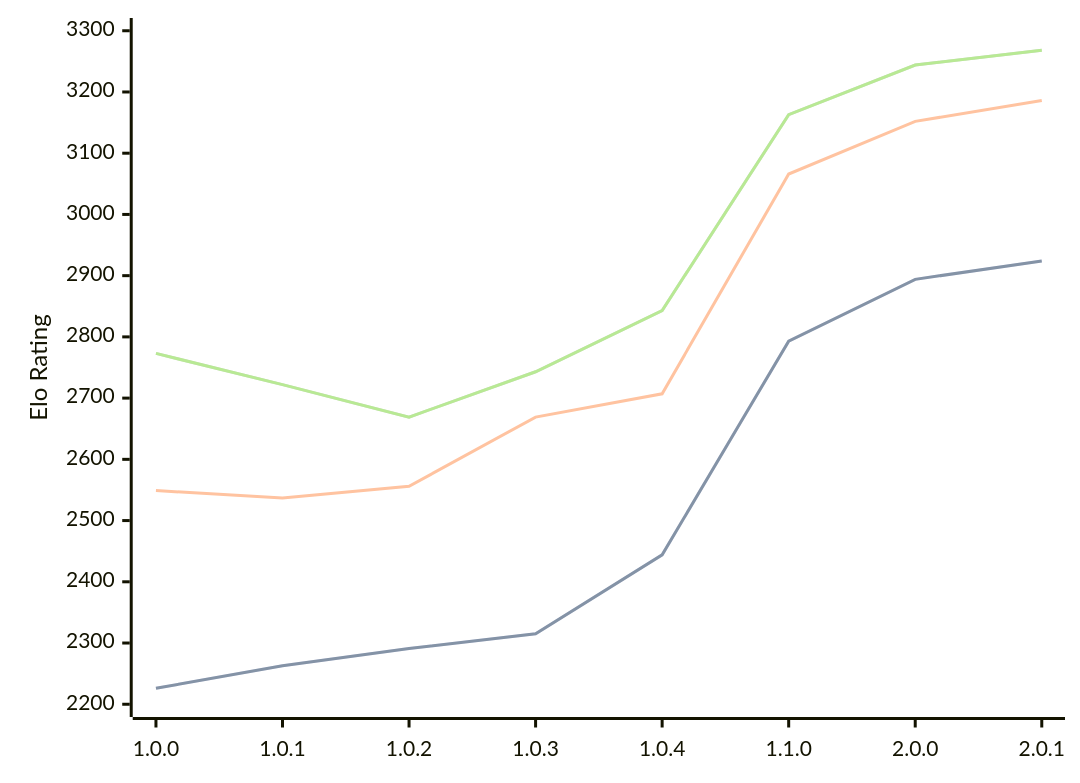
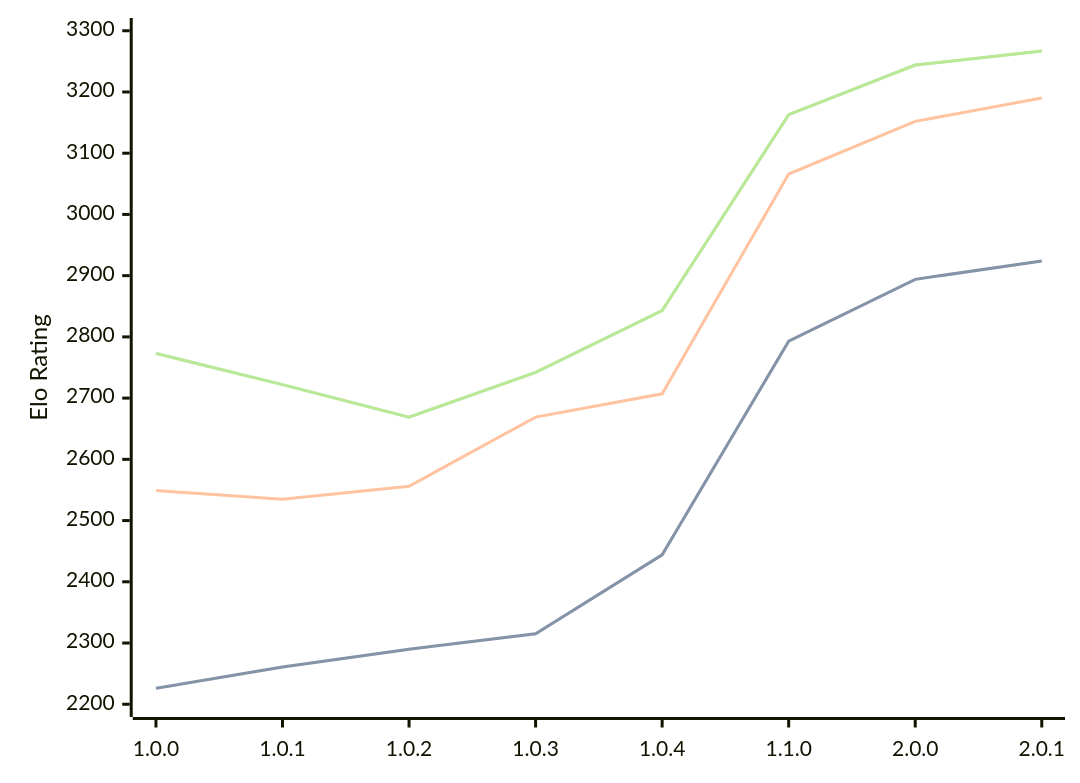
One commit to computer-chess-index/cci changed the first of 3 diagrams in engines/Grail.md. Above: the diagram before and after it, drawn with Mermaid. The commit also changed other lines of this file, not shown here.

Commit message:
Update CCI Ratings (ELO VLTC) - 2026-06-17

````diff
--- a/engines/Grail.md
+++ b/engines/Grail.md
@@ -38,11 +38,11 @@
 ```mermaid
 %%{init: {"theme":"base","themeVariables":{"seriesColors:['#a3a3a3','#222221','#faa371']}}}%%
 xychart-beta
   x-axis ["1.0.0", "1.0.1", "1.0.2", "1.0.3", "1.0.4", "1.1.0", "2.0.0", "2.0.1"]
   y-axis "Elo Rating" 2200 --> 3300
-  line "STC (8.0+0.08s)" [2226, 2263, 2291, 2315, 2444, 2793, 2894, 2924]
-  line "STC (8.0+0.08s)" [2226, 2263, 2291, 2315, 2444, 2793, 2894, 2924]
-  line "LTC (60.0+0.60s)" [2549, 2537, 2556, 2669, 2707, 3066, 3152, 3186]
-  line "VLTC (2m24s+1.12s)" [2773, 2722, 2669, 2743, 2843, 3163, 3244, 3268]
-  line "VLTC (2m24s+1.12s)" [2773, 2722, 2669, 2743, 2843, 3163, 3244, 3268]
+  line "STC (8.0+0.08s)" [2226, 2261, 2290, 2315, 2444, 2793, 2894, 2924]
+  line "STC (8.0+0.08s)" [2226, 2261, 2290, 2315, 2444, 2793, 2894, 2924]
+  line "LTC (60.0+0.60s)" [2549, 2535, 2556, 2669, 2707, 3066, 3152, 3190]
+  line "VLTC (2m24s+1.12s)" [2773, 2722, 2669, 2742, 2843, 3163, 3244, 3267]
+  line "VLTC (2m24s+1.12s)" [2773, 2722, 2669, 2742, 2843, 3163, 3244, 3267]
 ```
````
